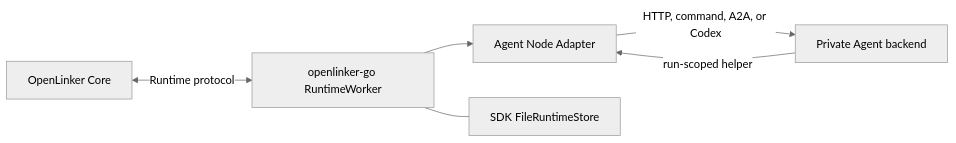
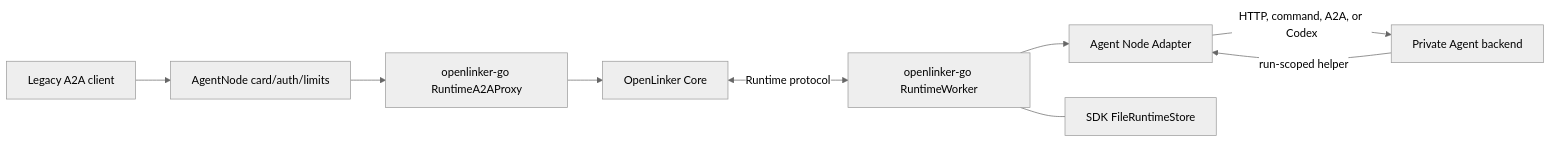
One commit to OpenLinker-ai/openlinker-agent-node changed the diagram in README.md. Above: the diagram before and after it, drawn with Mermaid (neutral theme). The commit also changed other lines of this file and 37 other files, not shown here.

Commit message:
refactor: keep agent node as stateless adapter

````diff
--- a/README.md
+++ b/README.md
@@ -29,8 +32,11 @@
 ```mermaid
 flowchart LR
   Core["OpenLinker Core"] <-->|"Runtime protocol"| SDK["openlinker-go RuntimeWorker"]
   SDK --> Handler["Agent Node Adapter"]
   Handler -->|"HTTP, command, A2A, or Codex"| Backend["Private Agent backend"]
   Backend -->|"run-scoped helper"| Handler
   SDK --- Store["SDK FileRuntimeStore"]
+  A2AClient["Legacy A2A client"] --> Compat["AgentNode card/auth/limits"]
+  Compat --> Proxy["openlinker-go RuntimeA2AProxy"]
+  Proxy --> Core
 ```
````
